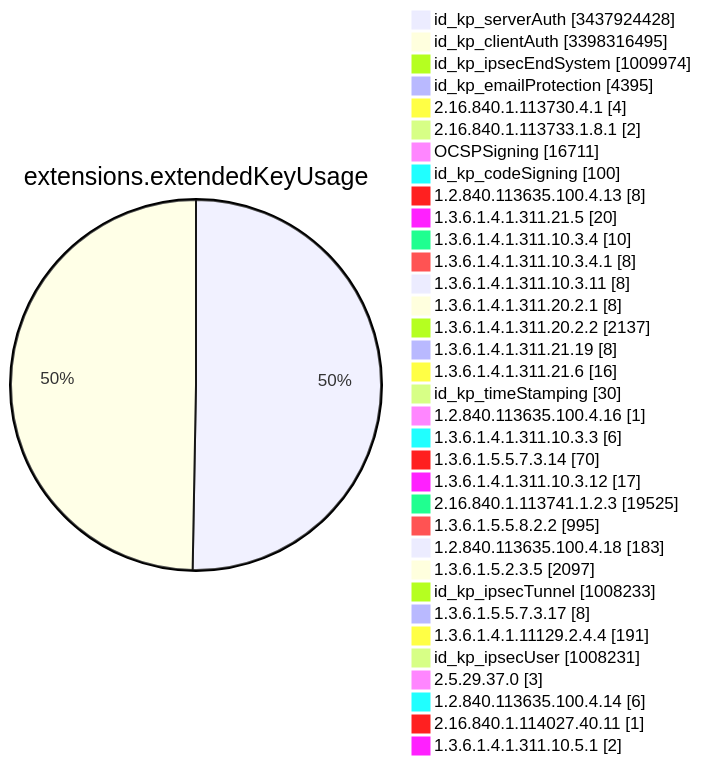
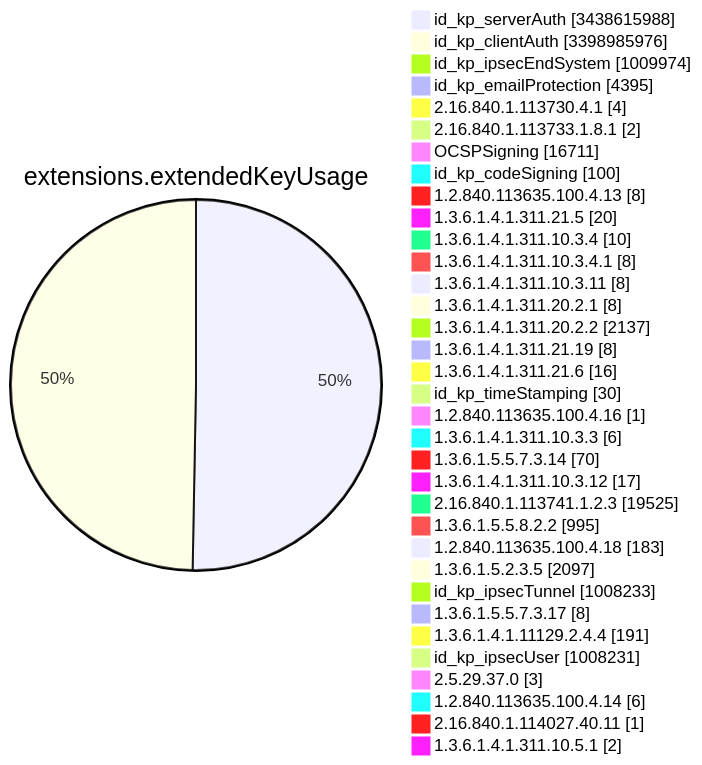
Before and after one commit to christiankrug/ctmonitor_visualization: diagram 11 of 15 in TOTAL/README.md, drawn with Mermaid. The commit also changed other lines of this file, not shown here.

````diff
--- a/TOTAL/README.md
+++ b/TOTAL/README.md
@@ -4123,38 +4123,38 @@
 ```mermaid
 pie showData
 title extensions.extendedKeyUsage
-"id_kp_serverAuth" :3437924428
-"id_kp_clientAuth" :3398316495
+"id_kp_serverAuth" :3438615988
+"id_kp_clientAuth" :3398985976
 "id_kp_ipsecEndSystem" :1009974
 "id_kp_emailProtection" :4395
 "2.16.840.1.113730.4.1" :4
 "2.16.840.1.113733.1.8.1" :2
 "OCSPSigning" :16711
 "id_kp_codeSigning" :100
 "1.2.840.113635.100.4.13" :8
 "1.3.6.1.4.1.311.21.5" :20
 "1.3.6.1.4.1.311.10.3.4" :10
 "1.3.6.1.4.1.311.10.3.4.1" :8
 "1.3.6.1.4.1.311.10.3.11" :8
 "1.3.6.1.4.1.311.20.2.1" :8
 "1.3.6.1.4.1.311.20.2.2" :2137
 "1.3.6.1.4.1.311.21.19" :8
 "1.3.6.1.4.1.311.21.6" :16
 "id_kp_timeStamping" :30
 "1.2.840.113635.100.4.16" :1
 "1.3.6.1.4.1.311.10.3.3" :6
 "1.3.6.1.5.5.7.3.14" :70
 "1.3.6.1.4.1.311.10.3.12" :17
 "2.16.840.1.113741.1.2.3" :19525
 "1.3.6.1.5.5.8.2.2" :995
 "1.2.840.113635.100.4.18" :183
 "1.3.6.1.5.2.3.5" :2097
 "id_kp_ipsecTunnel" :1008233
 "1.3.6.1.5.5.7.3.17" :8
 "1.3.6.1.4.1.11129.2.4.4" :191
 "id_kp_ipsecUser" :1008231
 "2.5.29.37.0" :3
 "1.2.840.113635.100.4.14" :6
 "2.16.840.1.114027.40.11" :1
 "1.3.6.1.4.1.311.10.5.1" :2
 ```
````
